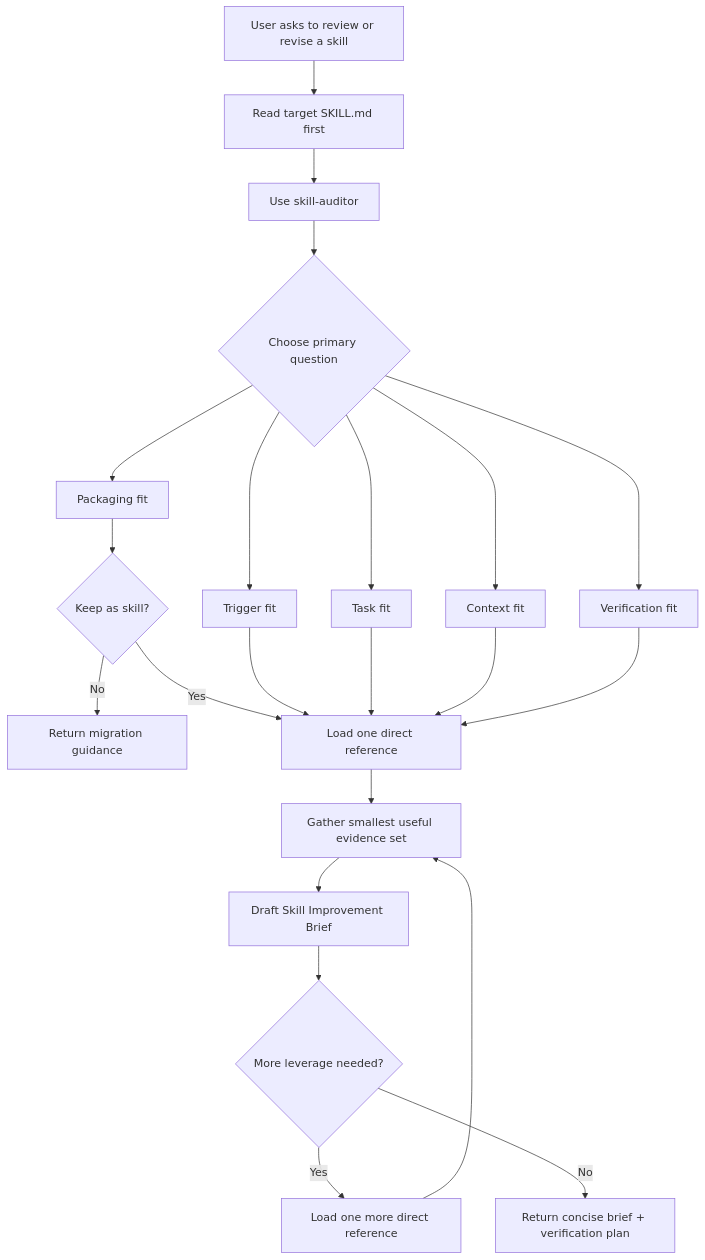
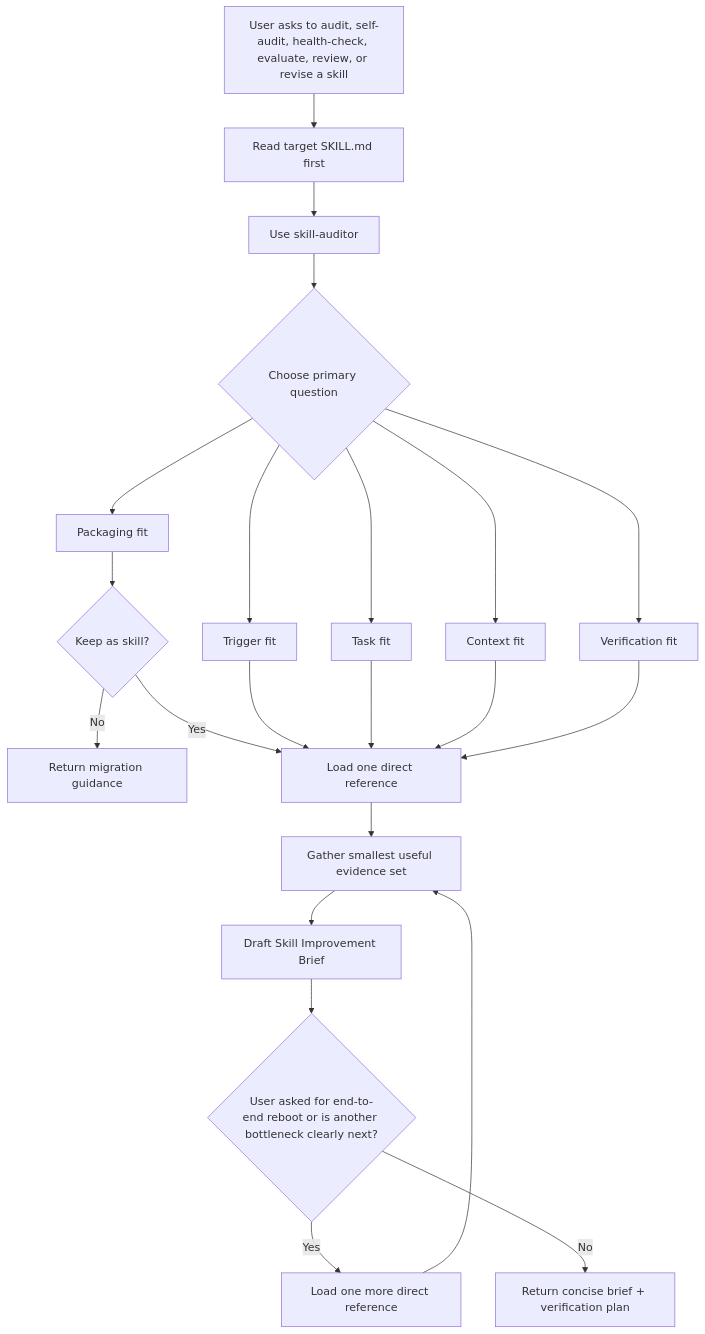
Before and after one commit to DevGuyRash/agent-tooling: the diagram in skills/skill-auditor/context/01-system-overview.md, drawn with Mermaid. The commit also changed 8 other files, not shown here.

Commit message:
refactor(skill-auditor): tighten audit workflow

````diff
--- a/skills/skill-auditor/context/01-system-overview.md
+++ b/skills/skill-auditor/context/01-system-overview.md
@@ -3,28 +3,28 @@
 ```mermaid
 flowchart TD
-    A[User asks to review or revise a skill] --> B[Read target SKILL.md first]
+    A[User asks to audit, self-audit, health-check, evaluate, review, or revise a skill] --> B[Read target SKILL.md first]
     B --> C[Use skill-auditor]
     C --> D{Choose primary question}
 
     D --> E[Packaging fit]
     D --> F[Trigger fit]
     D --> G[Task fit]
     D --> H[Context fit]
     D --> I[Verification fit]
 
     E --> J{Keep as skill?}
     J -->|No| K[Return migration guidance]
     J -->|Yes| L[Load one direct reference]
 
     F --> L
     G --> L
     H --> L
     I --> L
 
     L --> M[Gather smallest useful evidence set]
     M --> N[Draft Skill Improvement Brief]
-    N --> O{More leverage needed?}
+    N --> O{User asked for end-to-end reboot or is another bottleneck clearly next?}
     O -->|Yes| P[Load one more direct reference]
     P --> M
     O -->|No| Q[Return concise brief + verification plan]
 ```
````
